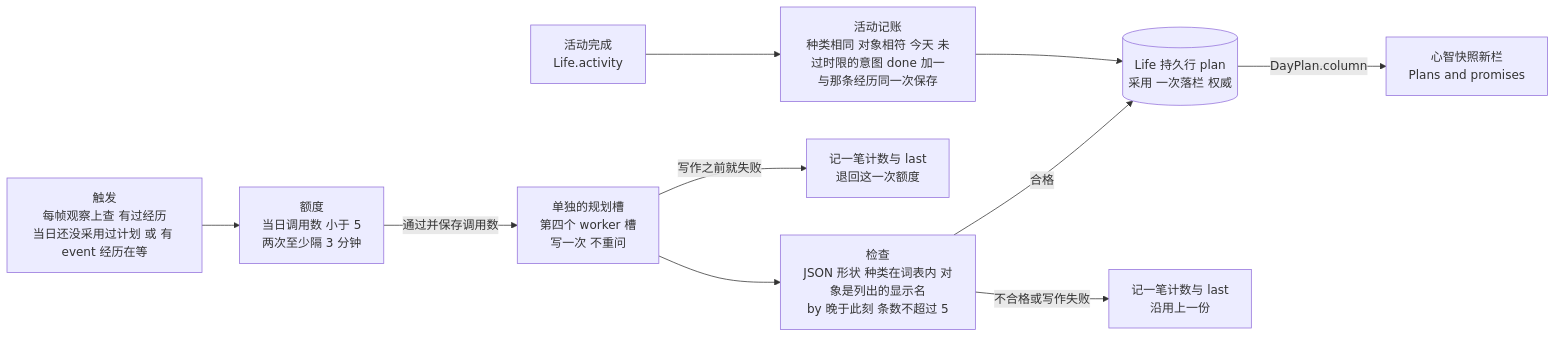
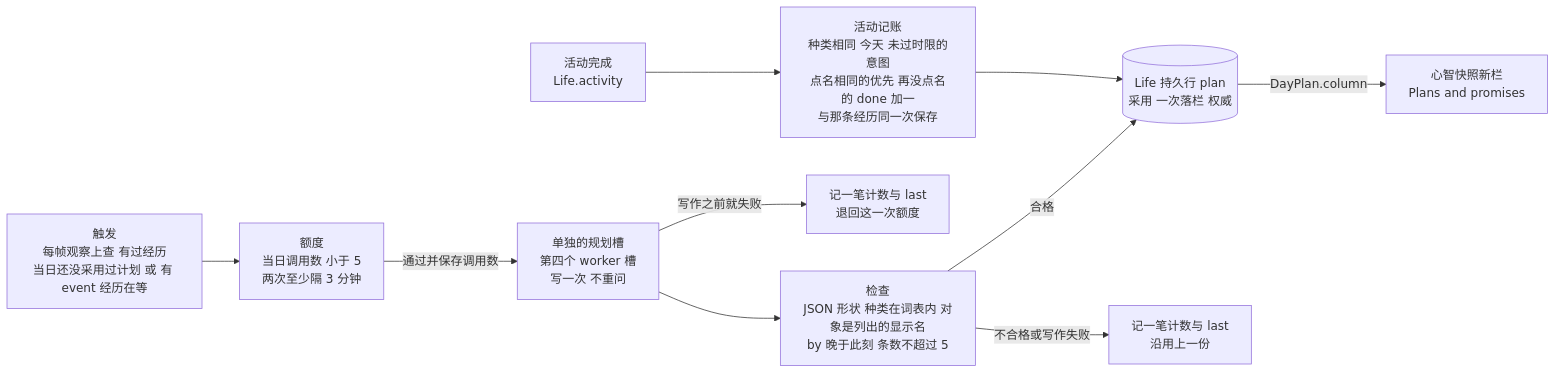
One commit to dyzdyz010/ex_mmo_cluster changed the fifth of 6 diagrams in apps/npc_server/lib/npc_server/README.md. Above: the diagram before and after it, drawn with Mermaid. The commit also changed other lines of this file and 10 other files, not shown here.

````diff
--- a/apps/npc_server/lib/npc_server/README.md
+++ b/apps/npc_server/lib/npc_server/README.md
@@ -914,12 +914,12 @@
 ```mermaid
 flowchart LR
   T[触发<br/>每帧观察上查 有过经历<br/>当日还没采用过计划 或 有 event 经历在等] --> Q[额度<br/>当日调用数 小于 5<br/>两次至少隔 3 分钟]
   Q -->|通过并保存调用数| W[单独的规划槽<br/>第四个 worker 槽<br/>写一次 不重问]
   W --> C[检查<br/>JSON 形状 种类在词表内 对象是列出的显示名<br/>by 晚于此刻 条数不超过 5]
   C -->|合格| A[(Life 持久行 plan<br/>采用 一次落栏 权威)]
   C -->|不合格或写作失败| F[记一笔计数与 last<br/>沿用上一份]
   W -->|写作之前就失败| R[记一笔计数与 last<br/>退回这一次额度]
-  X[活动完成<br/>Life.activity] --> B[活动记账<br/>种类相同 对象相符 今天 未过时限的意图 done 加一<br/>与那条经历同一次保存]
+  X[活动完成<br/>Life.activity] --> B[活动记账<br/>种类相同 今天 未过时限的意图<br/>点名相同的优先 再没点名的 done 加一<br/>与那条经历同一次保存]
   B --> A
   A -->|DayPlan.column| M[心智快照新栏<br/>Plans and promises]
 ```
````
